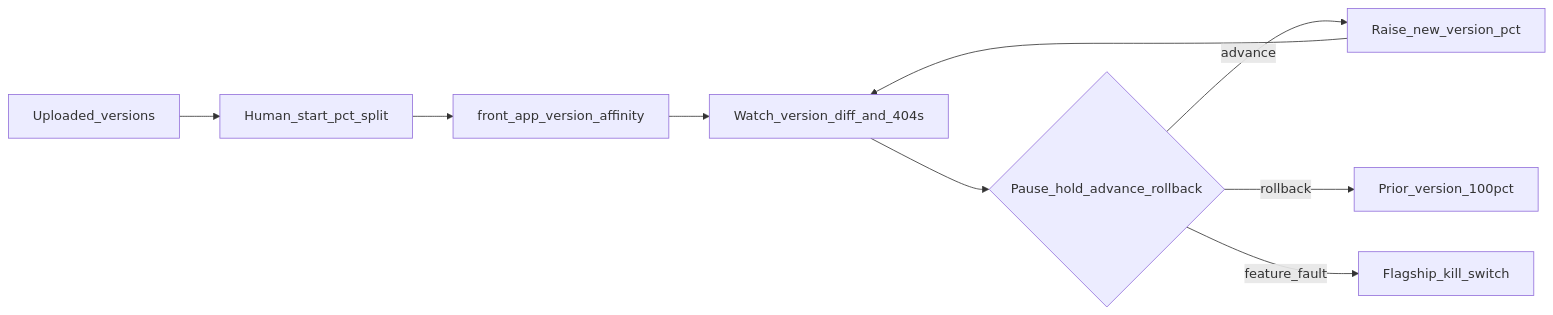
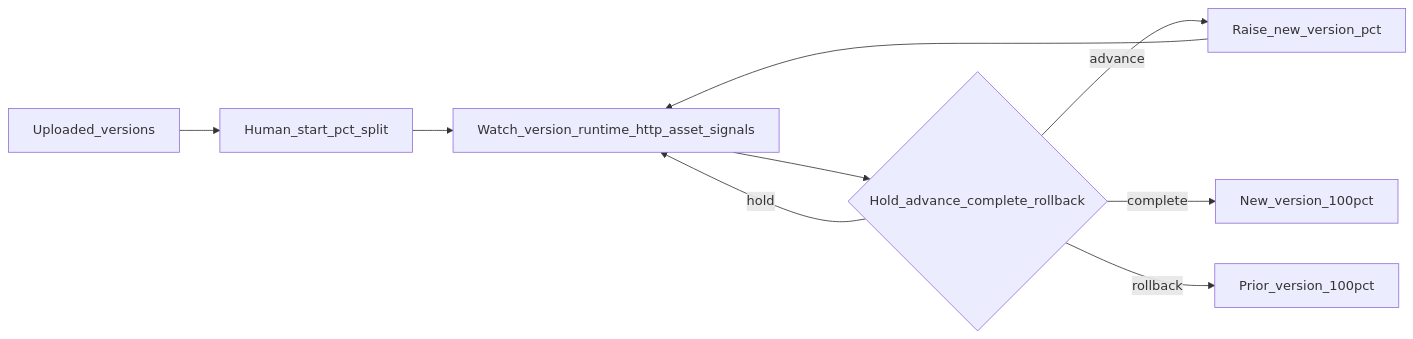
The second of 2 diagrams in docs/cd-stage1-2-design.md (louisbrulenaudet/monorepo-template), drawn with Mermaid before and after one commit. The commit also changed other lines of this file and 1 other file, not shown here.

````diff
--- a/docs/cd-stage1-2-design.md
+++ b/docs/cd-stage1-2-design.md
@@ -142,11 +184,11 @@
 ```mermaid
 flowchart LR
   Uploaded[Uploaded_versions] --> StartSplit[Human_start_pct_split]
-  StartSplit --> Affinity[front_app_version_affinity]
-  Affinity --> WatchSignals[Watch_version_diff_and_404s]
-  WatchSignals --> Decide{Pause_hold_advance_rollback}
+  StartSplit --> WatchSignals[Watch_version_runtime_http_asset_signals]
+  WatchSignals --> Decide{Hold_advance_complete_rollback}
   Decide -->|advance| NextPct[Raise_new_version_pct]
+  Decide -->|hold| WatchSignals
+  Decide -->|complete| New100[New_version_100pct]
   Decide -->|rollback| Prior100[Prior_version_100pct]
-  Decide -->|feature_fault| FlagOff[Flagship_kill_switch]
   NextPct --> WatchSignals
 ```
````
